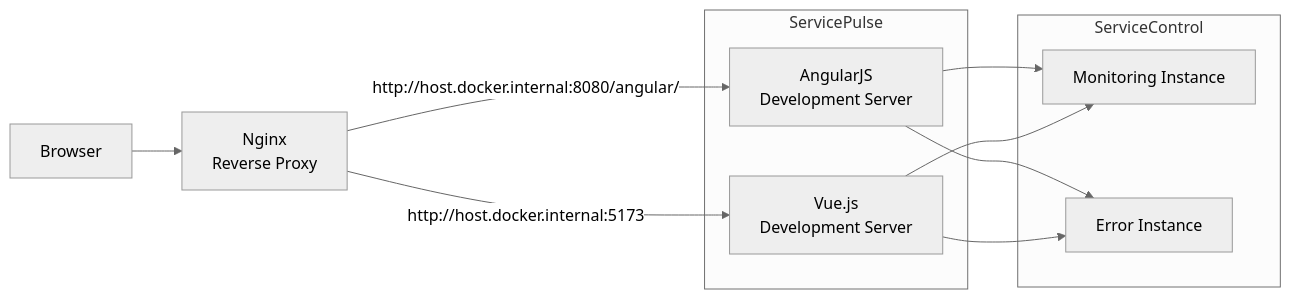
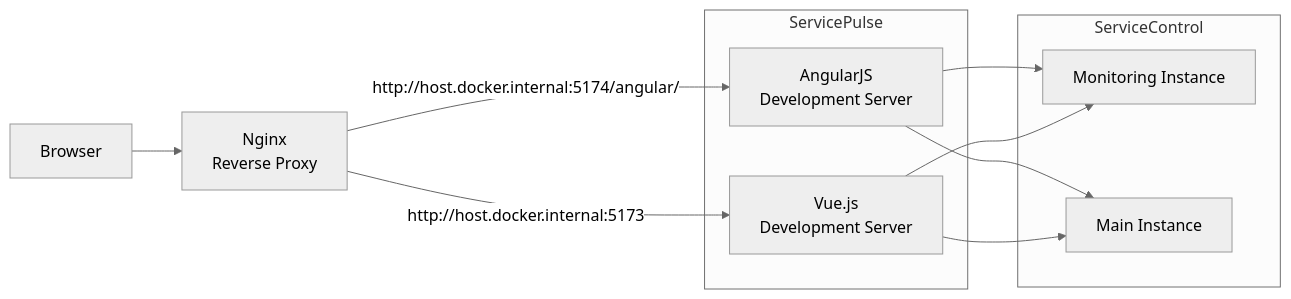
The diagram in README.md (Particular/ServicePulse), drawn with Mermaid (neutral theme) before and after one commit. The commit also changed other lines of this file, not shown here.

````diff
--- a/README.md
+++ b/README.md
@@ -12,22 +12,22 @@
 ```mermaid
 graph LR
   subgraph ServiceControl
     ScMonitoring
     ScError
   end
 
   subgraph ServicePulse
     AngularJs
     VueJs
   end
 
   Browser --> Nginx[Nginx<br>Reverse Proxy]
-  Nginx -- http://host.docker.internal:8080/angular/ --> AngularJs[AngularJS<br> Development Server]
+  Nginx -- http://host.docker.internal:5174/angular/ --> AngularJs[AngularJS<br> Development Server]
   Nginx -- http://host.docker.internal:5173 --> VueJs[Vue.js<br> Development Server]
 
   AngularJs --> ScMonitoring[Monitoring Instance]
-  AngularJs --> ScError[Error Instance]
+  AngularJs --> ScError[Main Instance]
 
   VueJs --> ScMonitoring
   VueJs --> ScError
 ```
````
